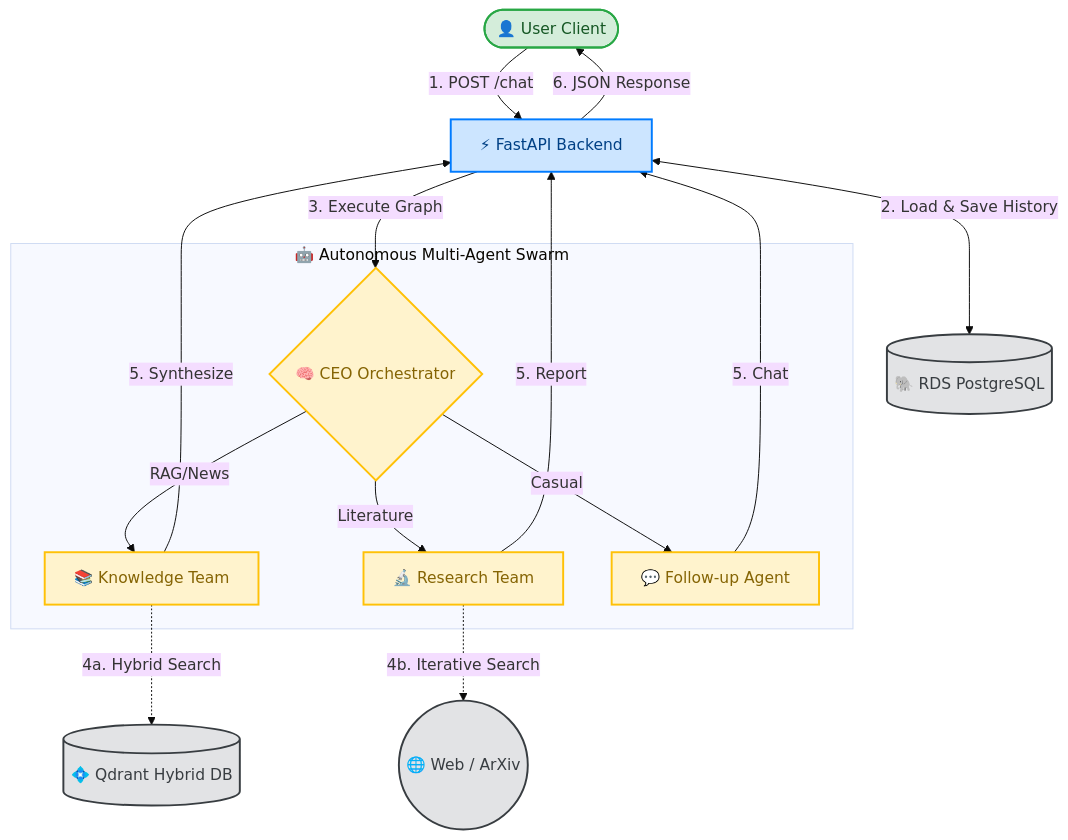
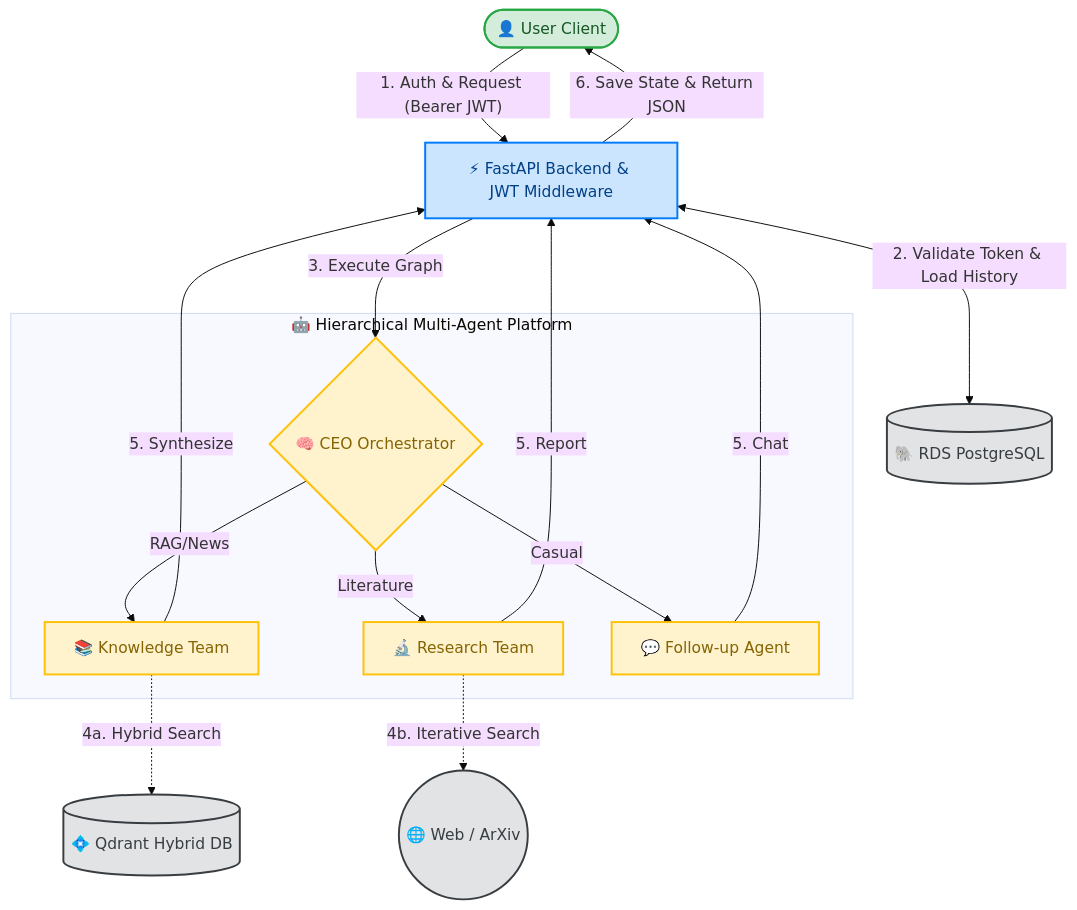
The diagram in README.md (smt2208/praxis-ai), drawn with Mermaid (base theme) before and after one commit. The commit also changed other lines of this file and 13 other files, not shown here.

````diff
--- a/README.md
+++ b/README.md
@@ -9,41 +11,41 @@
 ```mermaid
 graph TD
     %% Visual Styles
     classDef client fill:#d4edda,stroke:#28a745,stroke-width:2px,color:#155724;
     classDef api fill:#cce5ff,stroke:#007bff,stroke-width:2px,color:#004085;
     classDef agent fill:#fff3cd,stroke:#ffc107,stroke-width:2px,color:#856404;
     classDef db fill:#e2e3e5,stroke:#383d41,stroke-width:2px,color:#383d41;
 
     %% Components
     User([👤 User Client]):::client
-    API[⚡ FastAPI Backend]:::api
+    API[⚡ FastAPI Backend & JWT Middleware]:::api
     DB[(🐘 RDS PostgreSQL)]:::db
     Qdrant[(💠 Qdrant Hybrid DB)]:::db
     Web((🌐 Web / ArXiv)):::db
     
-    subgraph LangGraph [🤖 Autonomous Multi-Agent Swarm]
+    subgraph LangGraph [🤖 Hierarchical Multi-Agent Platform]
         CEO{🧠 CEO Orchestrator}:::agent
         Knowledge[📚 Knowledge Team]:::agent
         Research[🔬 Research Team]:::agent
         FollowUp[💬 Follow-up Agent]:::agent
     end
 
     %% Flow
-    User -- 1. POST /chat --> API
-    API <-- 2. Load & Save History --> DB
+    User -- 1. Auth & Request (Bearer JWT) --> API
+    API <-- 2. Validate Token & Load History --> DB
     
     API -- 3. Execute Graph --> CEO
     
     CEO -- "RAG/News" --> Knowledge
     CEO -- "Literature" --> Research
     CEO -- "Casual" --> FollowUp
     
     Knowledge -.->|4a. Hybrid Search| Qdrant
     Research -.->|4b. Iterative Search| Web
     
     Knowledge -- 5. Synthesize --> API
     Research -- 5. Report --> API
     FollowUp -- 5. Chat --> API
     
-    API -- 6. JSON Response --> User
+    API -- 6. Save State & Return JSON --> User
 ```
````
